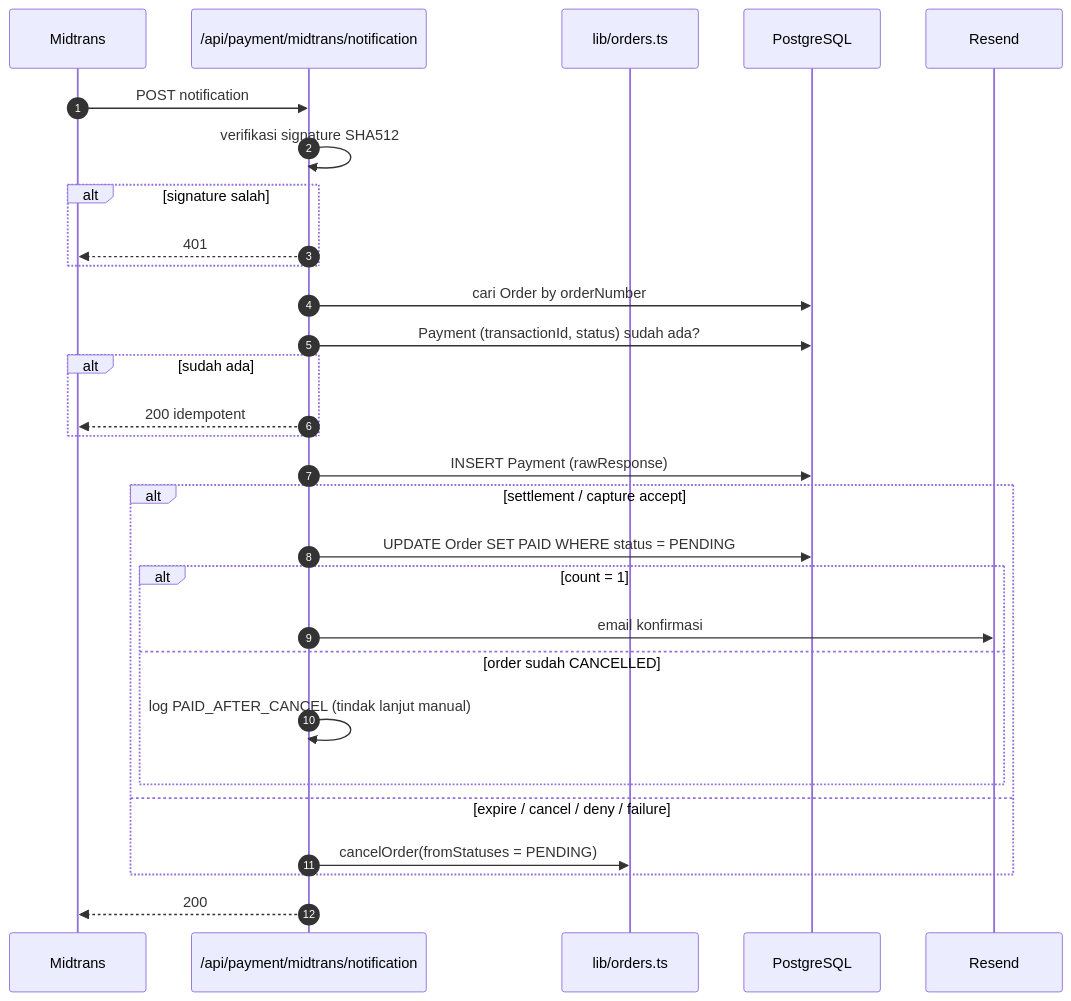
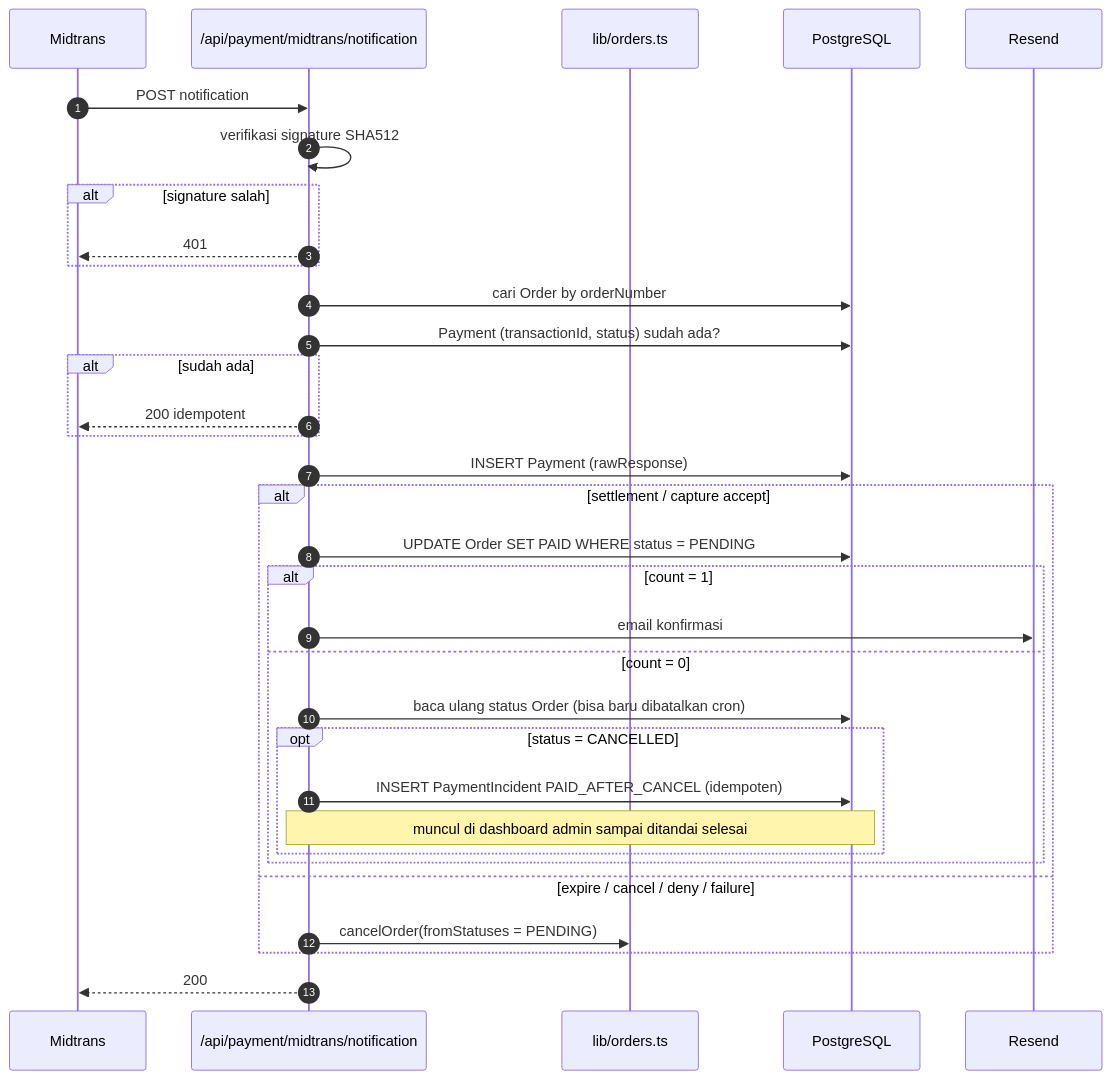
Before and after one commit to imamnura/zari-madu: the fourth of 7 diagrams in docs/engineering/FLOWS.md, drawn with Mermaid. The commit also changed 26 other files, not shown here.

````diff
--- a/docs/engineering/FLOWS.md
+++ b/docs/engineering/FLOWS.md
@@ -98,32 +98,36 @@
 ```mermaid
 sequenceDiagram
     autonumber
     participant MT as Midtrans
     participant WH as /api/payment/midtrans/notification
     participant ORD as lib/orders.ts
     participant DB as PostgreSQL
     participant EM as Resend
 
     MT->>WH: POST notification
     WH->>WH: verifikasi signature SHA512
     alt signature salah
         WH-->>MT: 401
     end
     WH->>DB: cari Order by orderNumber
     WH->>DB: Payment (transactionId, status) sudah ada?
     alt sudah ada
         WH-->>MT: 200 idempotent
     end
     WH->>DB: INSERT Payment (rawResponse)
     alt settlement / capture accept
         WH->>DB: UPDATE Order SET PAID WHERE status = PENDING
         alt count = 1
             WH->>EM: email konfirmasi
-        else order sudah CANCELLED
-            WH->>WH: log PAID_AFTER_CANCEL (tindak lanjut manual)
+        else count = 0
+            WH->>DB: baca ulang status Order (bisa baru dibatalkan cron)
+            opt status = CANCELLED
+                WH->>DB: INSERT PaymentIncident PAID_AFTER_CANCEL (idempoten)
+                Note over WH,DB: muncul di dashboard admin sampai ditandai selesai
+            end
         end
     else expire / cancel / deny / failure
         WH->>ORD: cancelOrder(fromStatuses = PENDING)
     end
     WH-->>MT: 200
 ```
````
